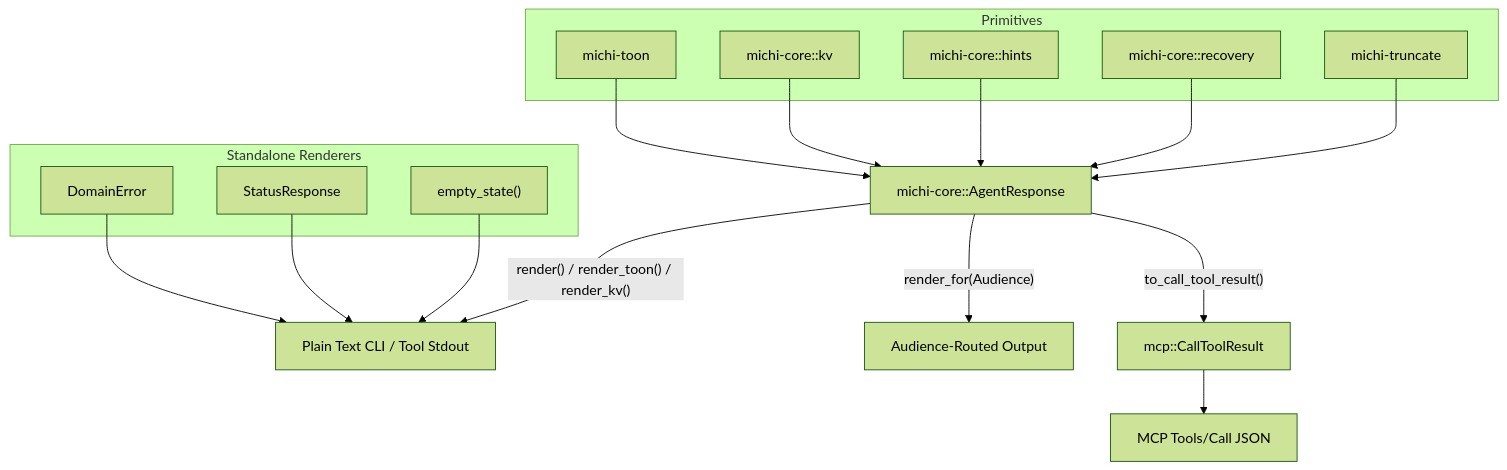
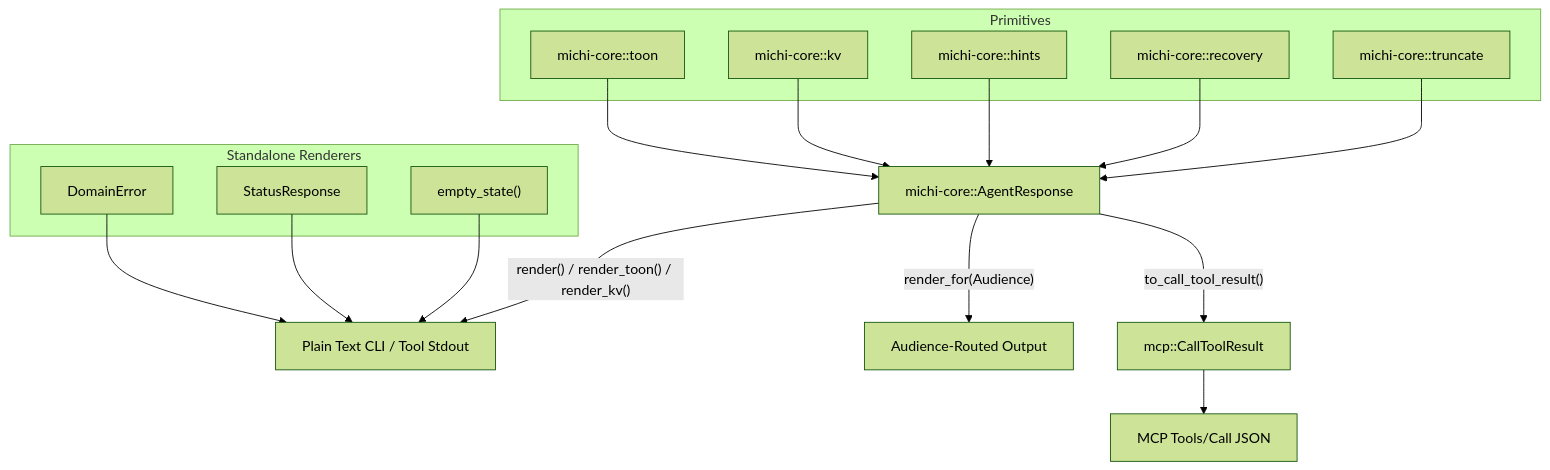
The second of 2 diagrams in ARCHITECTURE.md (orin-dx/michi), drawn with Mermaid (forest theme) before and after one commit. The commit also changed other lines of this file and 156 other files, not shown here.

````diff
--- a/ARCHITECTURE.md
+++ b/ARCHITECTURE.md
@@ -40,33 +47,33 @@
 ```mermaid
 flowchart TB
     subgraph primitives["Primitives"]
-        toon["michi-toon"]
+        toon["michi-core::toon"]
         kv["michi-core::kv"]
         hints["michi-core::hints"]
         recovery["michi-core::recovery"]
-        truncate["michi-truncate"]
+        truncate["michi-core::truncate"]
     end
 
     toon --> AR
     kv --> AR
     hints --> AR
     recovery --> AR
     truncate --> AR
 
     AR["michi-core::AgentResponse"]
 
     AR -->|"render() / render_toon() / render_kv()"| text["Plain Text CLI / Tool Stdout"]
     AR -->|"render_for(Audience)"| textaud["Audience-Routed Output"]
     AR -->|"to_call_tool_result()"| mcpresult["mcp::CallToolResult"]
     mcpresult --> mcpjson["MCP Tools/Call JSON"]
 
     subgraph standalone["Standalone Renderers"]
         err["DomainError"]
         status["StatusResponse"]
         empty["empty_state()"]
     end
 
     err --> text
     status --> text
     empty --> text
 ```
````
